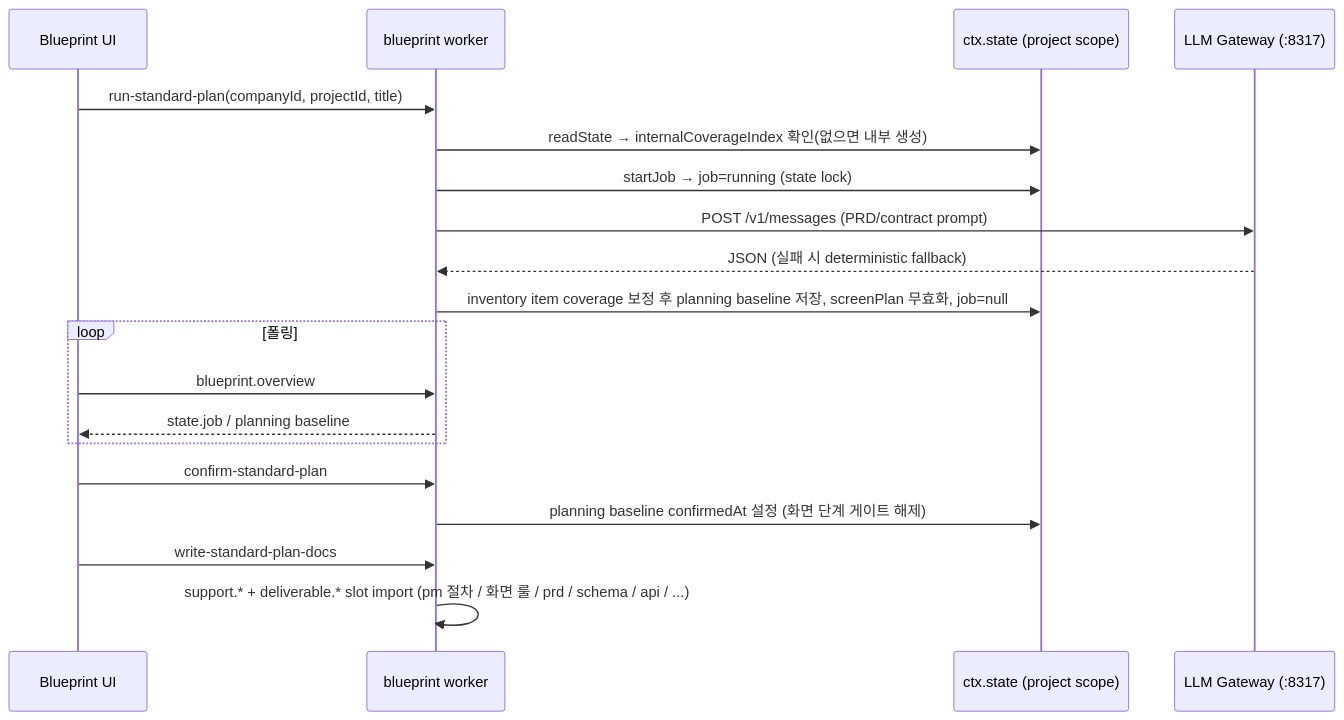
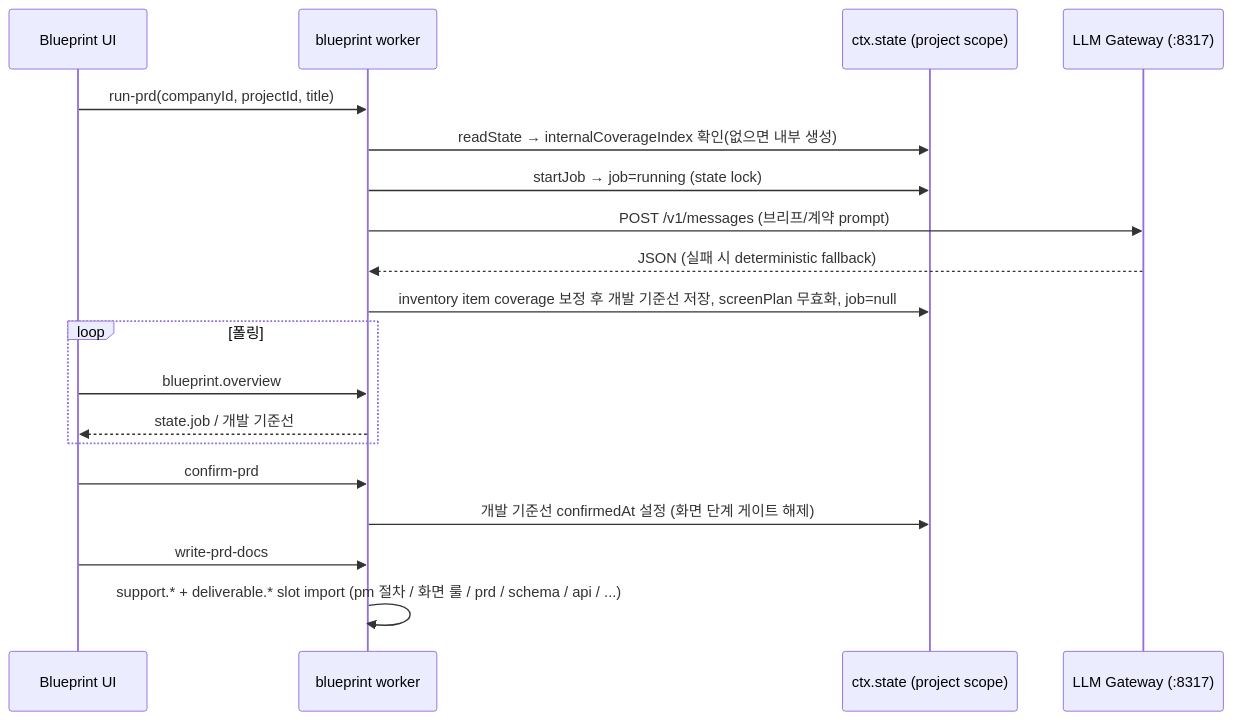
Before and after one commit to BBrightcode-atlas/company-os-v2: the sixth of 8 diagrams in bbr-plugins/builder/README.md, drawn with Mermaid. The commit also changed other lines of this file and 9 other files, not shown here.

````diff
--- a/bbr-plugins/builder/README.md
+++ b/bbr-plugins/builder/README.md
@@ -157,22 +208,22 @@
 ```mermaid
 sequenceDiagram
   participant UI as Blueprint UI
   participant W as blueprint worker
   participant S as ctx.state (project scope)
   participant L as LLM Gateway (:8317)
 
-  UI->>W: run-standard-plan(companyId, projectId, title)
+  UI->>W: run-prd(companyId, projectId, title)
   W->>S: readState → internalCoverageIndex 확인(없으면 내부 생성)
   W->>S: startJob → job=running (state lock)
-  W->>L: POST /v1/messages (PRD/contract prompt)
+  W->>L: POST /v1/messages (브리프/계약 prompt)
   L-->>W: JSON (실패 시 deterministic fallback)
-  W->>S: inventory item coverage 보정 후 planning baseline 저장, screenPlan 무효화, job=null
+  W->>S: inventory item coverage 보정 후 개발 기준선 저장, screenPlan 무효화, job=null
   loop 폴링
     UI->>W: blueprint.overview
-    W-->>UI: state.job / planning baseline
+    W-->>UI: state.job / 개발 기준선
   end
-  UI->>W: confirm-standard-plan
-  W->>S: planning baseline confirmedAt 설정 (화면 단계 게이트 해제)
-  UI->>W: write-standard-plan-docs
+  UI->>W: confirm-prd
+  W->>S: 개발 기준선 confirmedAt 설정 (화면 단계 게이트 해제)
+  UI->>W: write-prd-docs
   W->>W: support.* + deliverable.* slot import (pm 절차 / 화면 룰 / prd / schema / api / ...)
 ```
````
